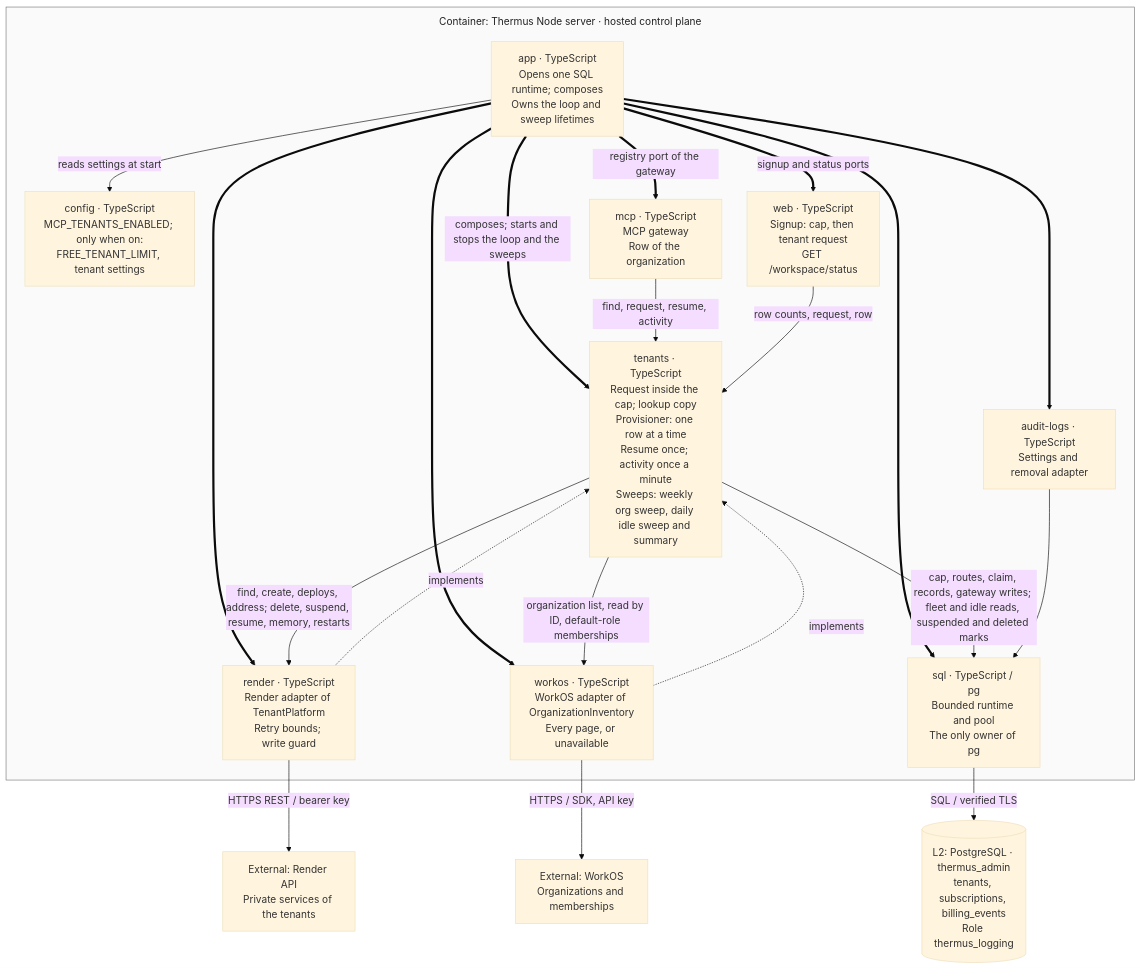
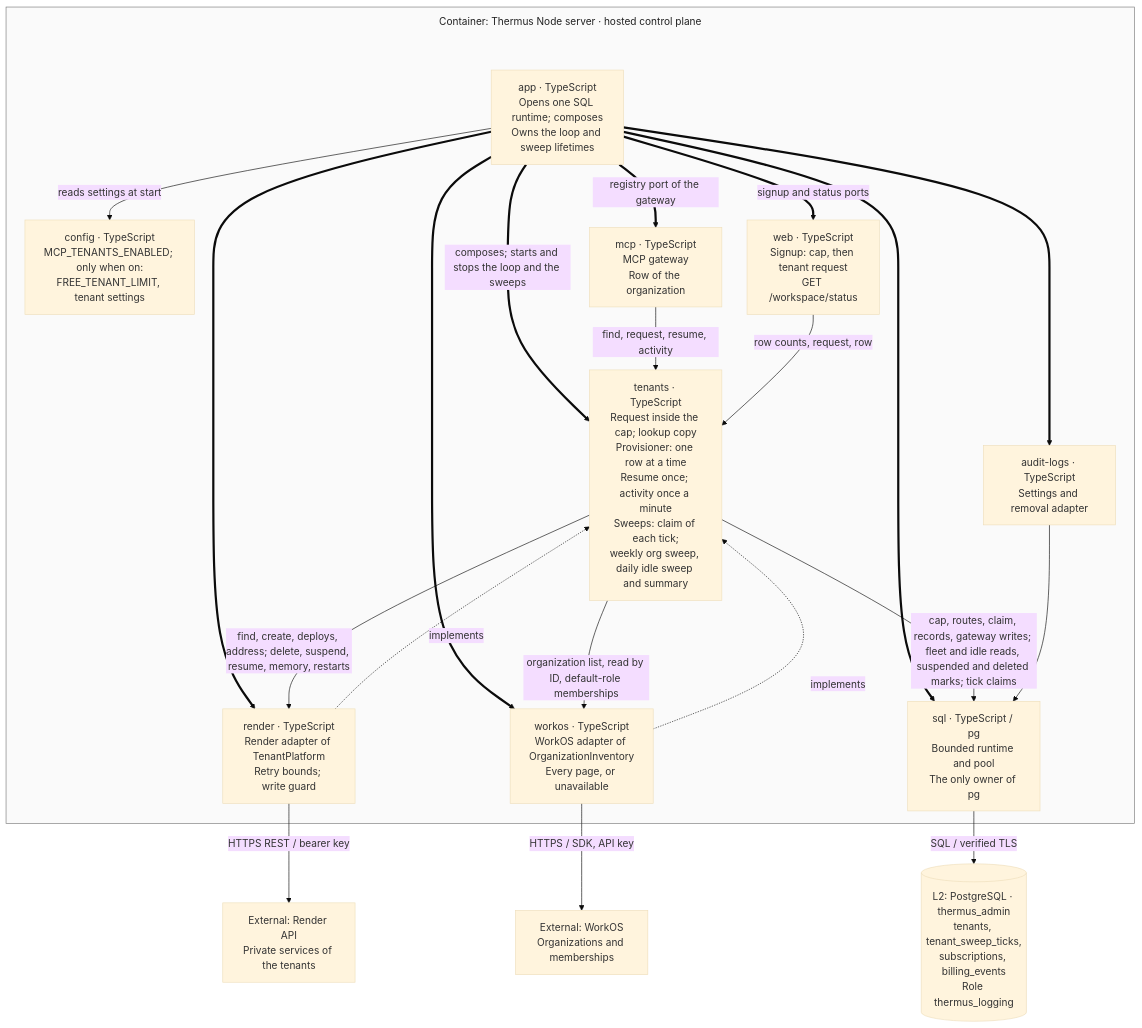
The ninth of 24 diagrams in architecture/components.md (tomer-mayara/Thermus), drawn with Mermaid (base theme) before and after one commit. The commit also changed other lines of this file and 20 other files, not shown here.

First line of the commit message:
Run the tenant sweeps one time per tick across the two instances of a deploy (SO-12 rehearsal finding) (#311)

````diff
--- a/architecture/components.md
+++ b/architecture/components.md
@@ -595,38 +595,38 @@
 ```mermaid
-%%{init: {"flowchart": {"wrappingWidth": 150, "nodeSpacing": 40, "rankSpacing": 40, "subGraphTitleMargin": {"top": 10, "bottom": 25}}}}%%
+%%{init: {"flowchart": {"wrappingWidth": 150, "nodeSpacing": 40, "rankSpacing": 40, "subGraphTitleMargin": {"top": 10, "bottom": 70}}}}%%
 flowchart TB
   subgraph tenancy_server["Container: Thermus Node server · hosted control plane"]
     tenancy_config["config · TypeScript<br/>MCP_TENANTS_ENABLED; only when on:<br/>FREE_TENANT_LIMIT, tenant settings"]
     tenancy_app["app · TypeScript<br/>Opens one SQL runtime; composes<br/>Owns the loop and sweep lifetimes"]
     tenancy_web["web · TypeScript<br/>Signup: cap, then tenant request<br/>GET /workspace/status"]
     tenancy_mcp["mcp · TypeScript<br/>MCP gateway<br/>Row of the organization"]
-    tenancy_tenants["tenants · TypeScript<br/>Request inside the cap; lookup copy<br/>Provisioner: one row at a time<br/>Resume once; activity once a minute<br/>Sweeps: weekly org sweep, daily idle sweep and summary"]
+    tenancy_tenants["tenants · TypeScript<br/>Request inside the cap; lookup copy<br/>Provisioner: one row at a time<br/>Resume once; activity once a minute<br/>Sweeps: claim of each tick;<br/>weekly org sweep, daily idle sweep and summary"]
     tenancy_render["render · TypeScript<br/>Render adapter of TenantPlatform<br/>Retry bounds; write guard"]
     tenancy_workos["workos · TypeScript<br/>WorkOS adapter of OrganizationInventory<br/>Every page, or unavailable"]
     tenancy_audit["audit-logs · TypeScript<br/>Settings and removal adapter"]
     tenancy_sql["sql · TypeScript / pg<br/>Bounded runtime and pool<br/>The only owner of pg"]
     tenancy_app -->|reads settings at start| tenancy_config
     tenancy_app ==>|composes; starts and stops the loop and the sweeps| tenancy_tenants
     tenancy_app ==>|registry port of the gateway| tenancy_mcp
     tenancy_app ==>|signup and status ports| tenancy_web
     tenancy_app ==> tenancy_render
     tenancy_app ==> tenancy_workos
     tenancy_app ==> tenancy_audit
     tenancy_app ==> tenancy_sql
     tenancy_mcp -->|find, request, resume, activity| tenancy_tenants
     tenancy_web -->|row counts, request, row| tenancy_tenants
     tenancy_tenants -->|find, create, deploys, address; delete, suspend, resume, memory, restarts| tenancy_render
     tenancy_render -.->|implements| tenancy_tenants
     tenancy_tenants -->|organization list, read by ID, default-role memberships| tenancy_workos
     tenancy_workos -.->|implements| tenancy_tenants
-    tenancy_tenants -->|cap, routes, claim, records, gateway writes; fleet and idle reads, suspended and deleted marks| tenancy_sql
+    tenancy_tenants -->|cap, routes, claim, records, gateway writes; fleet and idle reads, suspended and deleted marks; tick claims| tenancy_sql
     tenancy_audit --> tenancy_sql
   end
-  tenancy_db[("L2: PostgreSQL · thermus_admin<br/>tenants, subscriptions, billing_events<br/>Role thermus_logging")]
+  tenancy_db[("L2: PostgreSQL · thermus_admin<br/>tenants, tenant_sweep_ticks,<br/>subscriptions, billing_events<br/>Role thermus_logging")]
   tenancy_api["External: Render API<br/>Private services of the tenants"]
   tenancy_workos_api["External: WorkOS<br/>Organizations and memberships"]
   tenancy_sql -->|SQL / verified TLS| tenancy_db
   tenancy_render -->|HTTPS REST / bearer key| tenancy_api
   tenancy_workos -->|HTTPS / SDK, API key| tenancy_workos_api
   style tenancy_server fill:#fafafa,stroke:#777777,color:#222222
 ```
````
